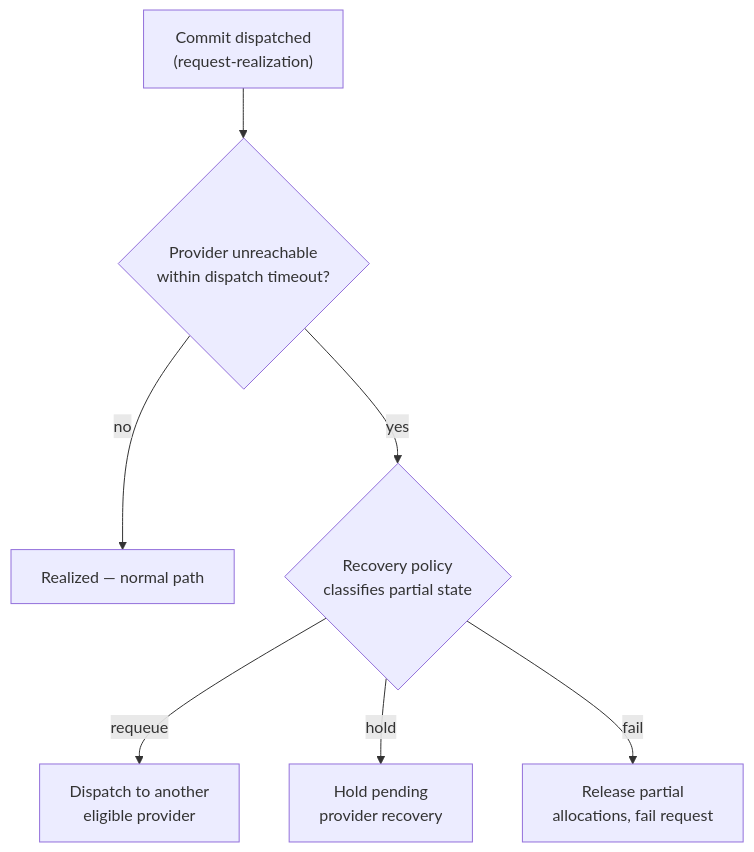
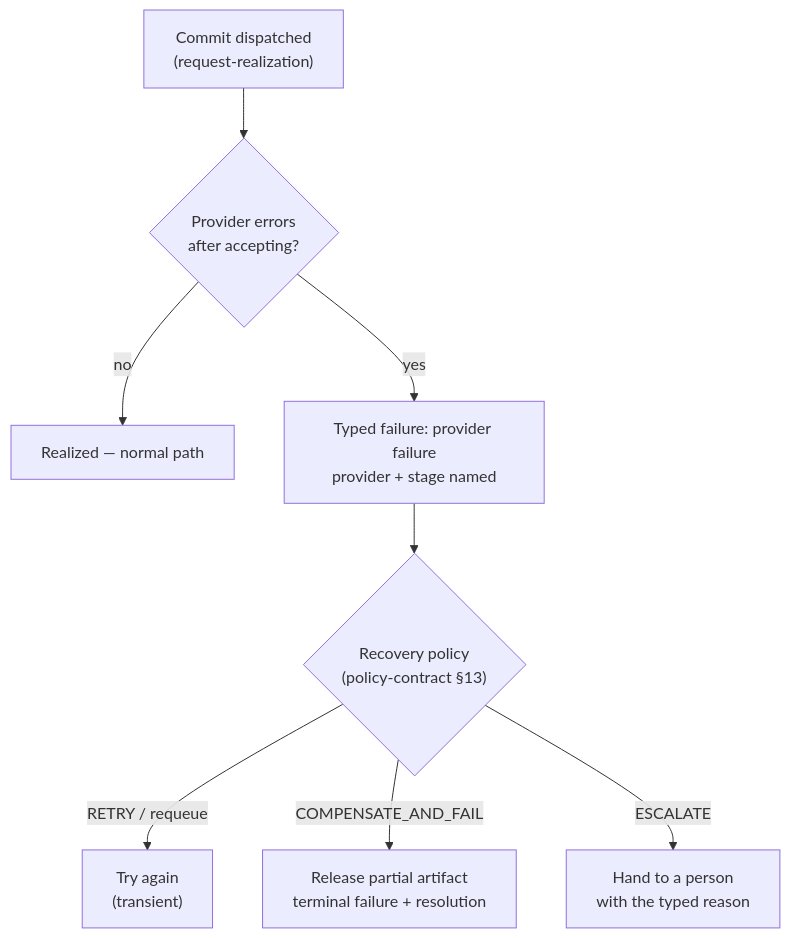
The diagram in docs/flows/uc-11-vm-provision-with-provider-failure.md (croadfeldt/udlm), drawn with Mermaid before and after one commit. The commit also changed other lines of this file and 22 other files, not shown here.

````diff
--- a/docs/flows/uc-11-vm-provision-with-provider-failure.md
+++ b/docs/flows/uc-11-vm-provision-with-provider-failure.md
@@ -28,9 +36,10 @@
 ```mermaid
 flowchart TD
-  C["Commit dispatched<br/>(request-realization)"] --> F{"Provider unreachable<br/>within dispatch timeout?"}
+  C["Commit dispatched<br/>(request-realization)"] --> F{"Provider errors<br/>after accepting?"}
   F -- no --> OK["Realized — normal path"]
-  F -- yes --> R{"Recovery policy<br/>classifies partial state"}
-  R -- requeue --> ALT["Dispatch to another<br/>eligible provider"]
-  R -- hold --> H["Hold pending<br/>provider recovery"]
-  R -- fail --> REL["Release partial<br/>allocations, fail request"]
+  F -- yes --> T["Typed failure: provider failure<br/>provider + stage named"]
+  T --> R{"Recovery policy<br/>(policy-contract §13)"}
+  R -- "RETRY / requeue" --> AGAIN["Try again<br/>(transient)"]
+  R -- "COMPENSATE_AND_FAIL" --> REL["Release partial artifact<br/>terminal failure + resolution"]
+  R -- "ESCALATE" --> H["Hand to a person<br/>with the typed reason"]
 ```
````
